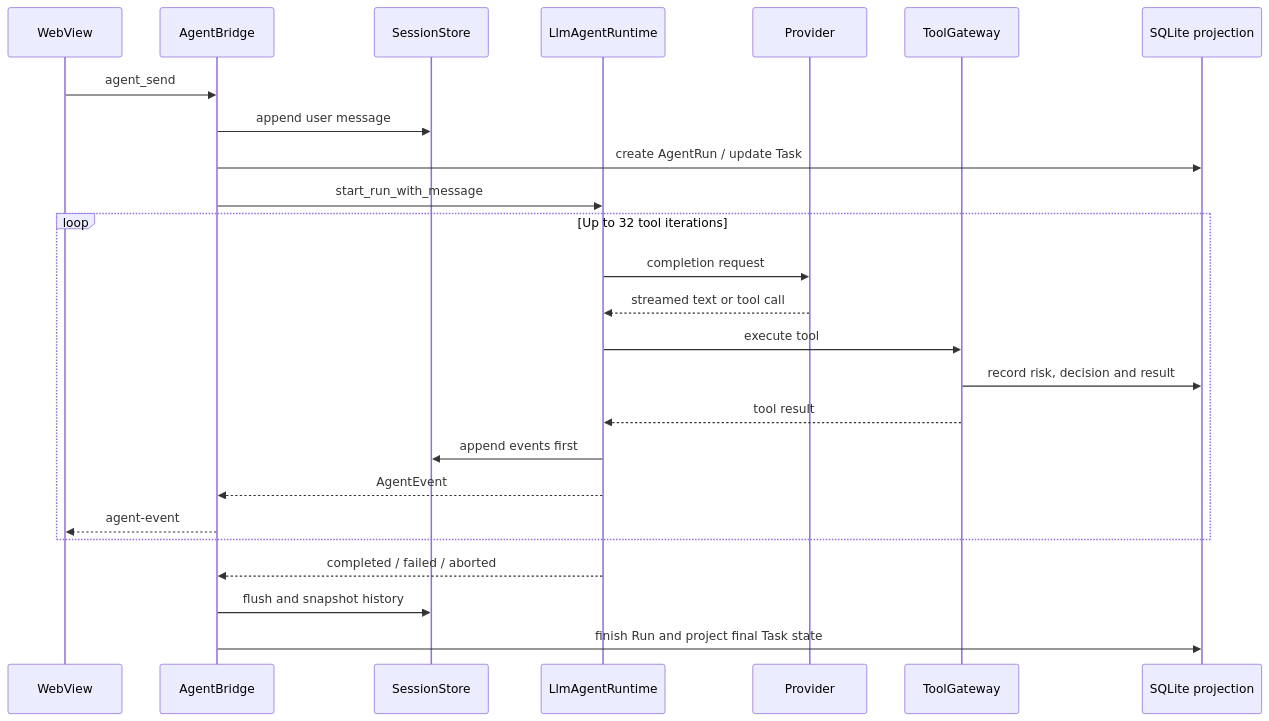
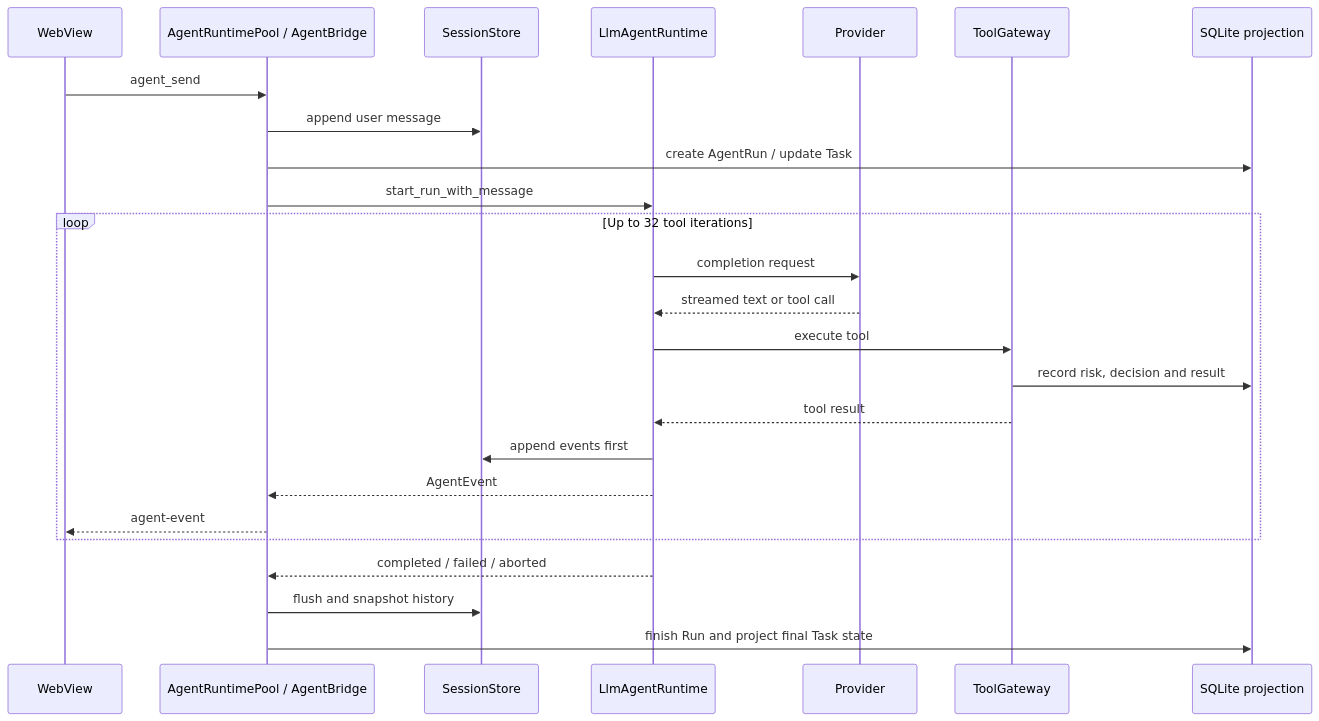
The fifth of 7 diagrams in docs/ARCHITECTURE.md (foritin/r-code), drawn with Mermaid before and after one commit. The commit also changed other lines of this file and 8 other files, not shown here.

````diff
--- a/docs/ARCHITECTURE.md
+++ b/docs/ARCHITECTURE.md
@@ -191,28 +201,28 @@
 ```mermaid
 sequenceDiagram
     participant UI as WebView
-    participant Host as AgentBridge
+    participant Host as AgentRuntimePool / AgentBridge
     participant Session as SessionStore
     participant Runtime as LlmAgentRuntime
     participant LLM as Provider
     participant Gateway as ToolGateway
     participant Audit as SQLite projection
 
     UI->>Host: agent_send
     Host->>Session: append user message
     Host->>Audit: create AgentRun / update Task
     Host->>Runtime: start_run_with_message
     loop Up to 32 tool iterations
         Runtime->>LLM: completion request
         LLM-->>Runtime: streamed text or tool call
         Runtime->>Gateway: execute tool
         Gateway->>Audit: record risk, decision and result
         Gateway-->>Runtime: tool result
         Runtime->>Session: append events first
         Runtime-->>Host: AgentEvent
         Host-->>UI: agent-event
     end
     Runtime-->>Host: completed / failed / aborted
     Host->>Session: flush and snapshot history
     Host->>Audit: finish Run and project final Task state
 ```
````
